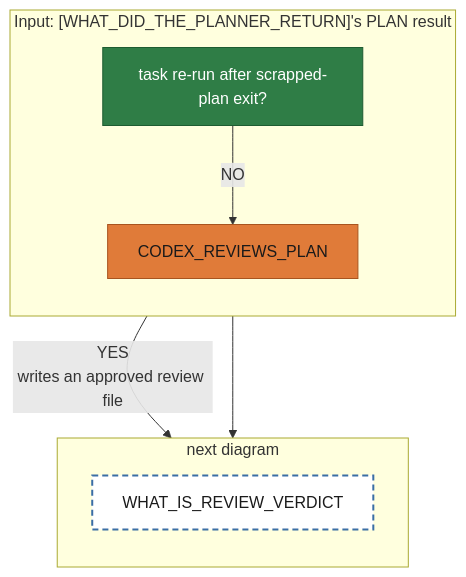
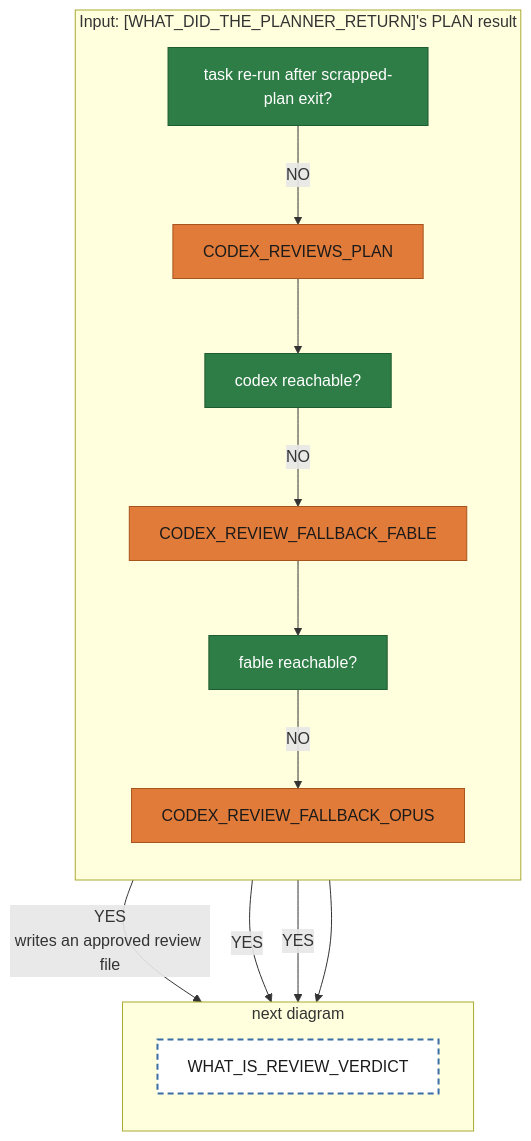
One commit to matkatmusic/taskTools changed the diagram in diagrams/tackle-tasks/pipeline-codexReviewsPlan.mmd. Above: the diagram before and after it, drawn with Mermaid. The commit also changed 33 other files, not shown here.

First line of the commit message:
Task 49: codex fallbacks become their own blocks; the fallback agent reviews itself

```diff
--- a/diagrams/tackle-tasks/pipeline-codexReviewsPlan.mmd
+++ b/diagrams/tackle-tasks/pipeline-codexReviewsPlan.mmd
@@ -1,26 +1,36 @@
 flowchart TB
-%% One green block, one orange block. /run-step starts at IS_PLAN_APPROVED_BY_DEFAULT_Q. A task re-run after a scrapped-plan exit skips the review agent.
+%% Codex review plan: task re-run skips the review agent; failed codex falls back to fable then opus.
 
   subgraph codexReviewsPlan ["Input: [WHAT_DID_THE_PLANNER_RETURN]'s PLAN result"]
     direction TB
     IS_PLAN_APPROVED_BY_DEFAULT_Q["task re-run after scrapped-plan exit?"]
     CODEX_REVIEWS_PLAN["CODEX_REVIEWS_PLAN"]
+    DID_CODEX_REVIEW_SUCCEED_Q["codex reachable?"]
+    CODEX_REVIEW_FALLBACK_FABLE["CODEX_REVIEW_FALLBACK_FABLE"]
+    DID_FABLE_REVIEW_SUCCEED_Q["fable reachable?"]
+    CODEX_REVIEW_FALLBACK_OPUS["CODEX_REVIEW_FALLBACK_OPUS"]
   end
   subgraph codexReviewsPlanNext ["next diagram"]
     direction TB
     WHAT_IS_REVIEW_VERDICT["WHAT_IS_REVIEW_VERDICT"]
   end
   codexReviewsPlan ~~~ codexReviewsPlanNext
 
   IS_PLAN_APPROVED_BY_DEFAULT_Q -- "NO" --> CODEX_REVIEWS_PLAN
   IS_PLAN_APPROVED_BY_DEFAULT_Q -- "YES<br/>writes an approved review file" --> WHAT_IS_REVIEW_VERDICT
-  CODEX_REVIEWS_PLAN --> WHAT_IS_REVIEW_VERDICT
+  CODEX_REVIEWS_PLAN --> DID_CODEX_REVIEW_SUCCEED_Q
+  DID_CODEX_REVIEW_SUCCEED_Q -- "YES" --> WHAT_IS_REVIEW_VERDICT
+  DID_CODEX_REVIEW_SUCCEED_Q -- "NO" --> CODEX_REVIEW_FALLBACK_FABLE
+  CODEX_REVIEW_FALLBACK_FABLE --> DID_FABLE_REVIEW_SUCCEED_Q
+  DID_FABLE_REVIEW_SUCCEED_Q -- "YES" --> WHAT_IS_REVIEW_VERDICT
+  DID_FABLE_REVIEW_SUCCEED_Q -- "NO" --> CODEX_REVIEW_FALLBACK_OPUS
+  CODEX_REVIEW_FALLBACK_OPUS --> WHAT_IS_REVIEW_VERDICT
 
   classDef script fill:#2f7d46,stroke:#1e5c31,color:#ffffff
   classDef returns_a_prompt fill:#e07b39,stroke:#a8541f,color:#1a1a1a
   classDef fail fill:red,stroke:#254a70,color:#ffffff
   classDef output fill:#3b6ea5,stroke:#254a70,color:#ffffff
   classDef next_diagram fill:#ffffff,stroke:#3b6ea5,stroke-width:2px,stroke-dasharray:6 4,color:#1a1a1a
-  class IS_PLAN_APPROVED_BY_DEFAULT_Q script
-  class CODEX_REVIEWS_PLAN returns_a_prompt
+  class IS_PLAN_APPROVED_BY_DEFAULT_Q,DID_CODEX_REVIEW_SUCCEED_Q,DID_FABLE_REVIEW_SUCCEED_Q script
+  class CODEX_REVIEWS_PLAN,CODEX_REVIEW_FALLBACK_FABLE,CODEX_REVIEW_FALLBACK_OPUS returns_a_prompt
   class WHAT_IS_REVIEW_VERDICT next_diagram
```
